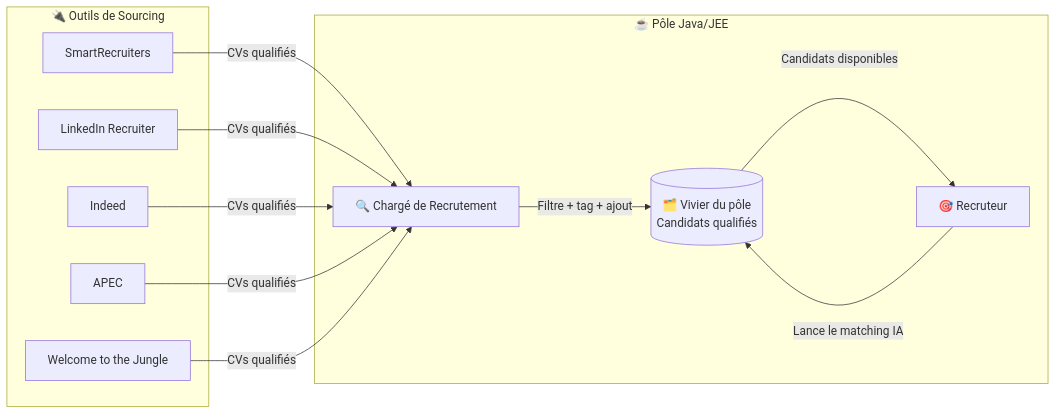
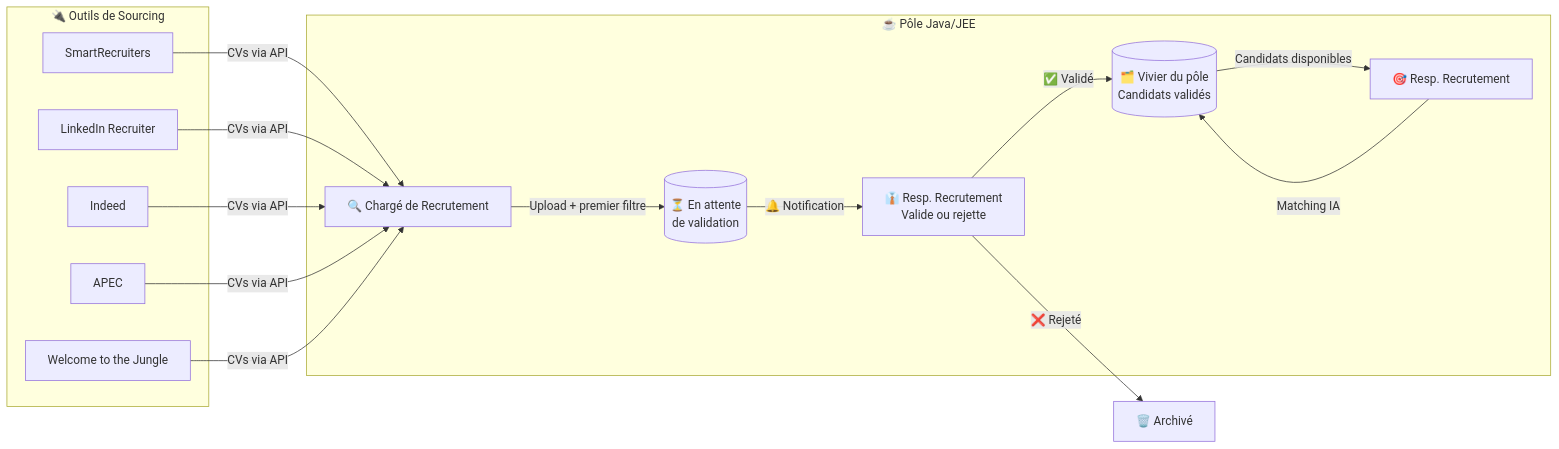
One commit to MisterRaymond/staffing-ai-architecture changed the third of 4 diagrams in docs/diagrams/flows/staffing-teams.md. Above: the diagram before and after it, drawn with Mermaid. The commit also changed other lines of this file and 6 other files, not shown here.

First line of the commit message:
feat: Recruteur → Resp. Recrutement + validation CVs par le Lead du pôle

````diff
--- a/docs/diagrams/flows/staffing-teams.md
+++ b/docs/diagrams/flows/staffing-teams.md
@@ -60,26 +60,31 @@
 ```mermaid
 graph LR
     subgraph OUTILS["🔌 Outils de Sourcing"]
         SR["SmartRecruiters"]
         LI["LinkedIn Recruiter"]
         IND["Indeed"]
         APEC["APEC"]
         WTTJ["Welcome to the Jungle"]
     end
 
     subgraph POLE["☕ Pôle Java/JEE"]
         CR["🔍 Chargé de Recrutement"]
-        VIVIER[("🗂️ Vivier du pôle<br/>Candidats qualifiés")]
-        REC["🎯 Recruteur"]
+        PENDING[("⏳ En attente\nde validation")]
+        RESP["👔 Resp. Recrutement<br/>Valide ou rejette"]
+        VIVIER[("🗂️ Vivier du pôle<br/>Candidats validés")]
+        REC["🎯 Resp. Recrutement"]
     end
 
-    SR -->|"CVs qualifiés"| CR
-    LI -->|"CVs qualifiés"| CR
-    IND -->|"CVs qualifiés"| CR
-    APEC -->|"CVs qualifiés"| CR
-    WTTJ -->|"CVs qualifiés"| CR
+    SR -->|"CVs via API"| CR
+    LI -->|"CVs via API"| CR
+    IND -->|"CVs via API"| CR
+    APEC -->|"CVs via API"| CR
+    WTTJ -->|"CVs via API"| CR
 
-    CR -->|"Filtre + tag + ajout"| VIVIER
+    CR -->|"Upload + premier filtre"| PENDING
+    PENDING -->|"🔔 Notification"| RESP
+    RESP -->|"✅ Validé"| VIVIER
+    RESP -->|"❌ Rejeté"| TRASH["🗑️ Archivé"]
     VIVIER -->|"Candidats disponibles"| REC
-    REC -->|"Lance le matching IA"| VIVIER
+    REC -->|"Matching IA"| VIVIER
 ```
````
